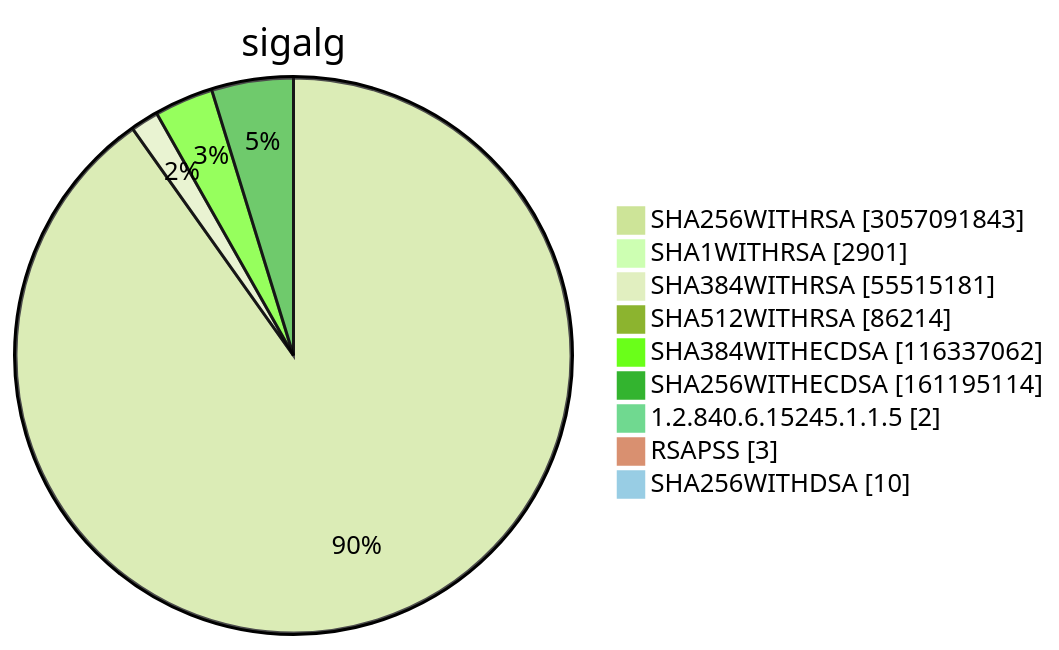
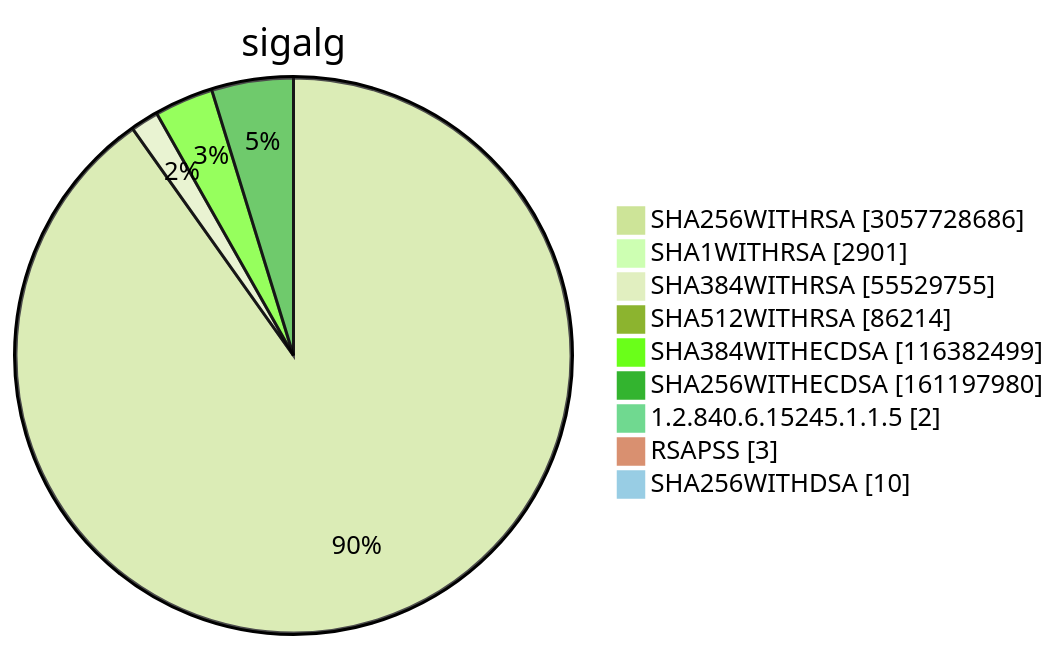
One commit to christiankrug/ctmonitor_visualization changed diagram 15 of 15 in TOTAL/README.md. Above: the diagram before and after it, drawn with Mermaid (forest theme). The commit also changed other lines of this file, not shown here.

````diff
--- a/TOTAL/README.md
+++ b/TOTAL/README.md
@@ -6209,13 +6209,13 @@
 ```mermaid
 pie showData
 title sigalg
-"SHA256WITHRSA" :3057091843
+"SHA256WITHRSA" :3057728686
 "SHA1WITHRSA" :2901
-"SHA384WITHRSA" :55515181
+"SHA384WITHRSA" :55529755
 "SHA512WITHRSA" :86214
-"SHA384WITHECDSA" :116337062
-"SHA256WITHECDSA" :161195114
+"SHA384WITHECDSA" :116382499
+"SHA256WITHECDSA" :161197980
 "1.2.840.6.15245.1.1.5" :2
 "RSAPSS" :3
 "SHA256WITHDSA" :10
 ```
````
